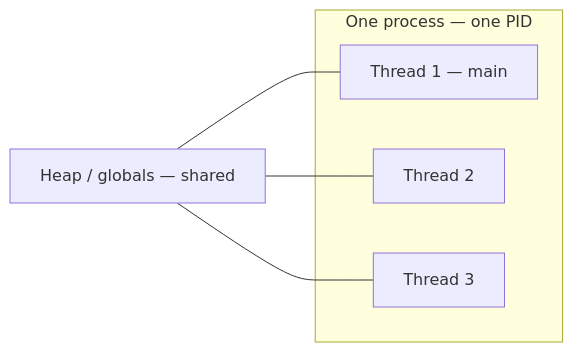
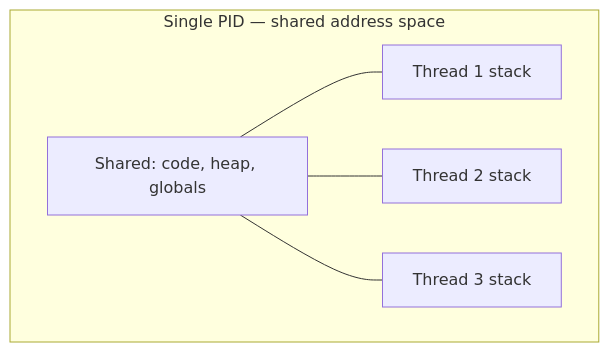
One commit to Harshnath628/MD2PDF changed the fourth of 6 diagrams in Misc/OS_Practical_4_Process_and_Thread_Management.md. Above: the diagram before and after it, drawn with Mermaid. The commit also changed other lines of this file and 8070 other files, not shown here.

Commit message:
Stable_version_after_mermaid

````diff
--- a/Misc/OS_Practical_4_Process_and_Thread_Management.md
+++ b/Misc/OS_Practical_4_Process_and_Thread_Management.md
@@ -194,11 +155,12 @@
 ```mermaid
-flowchart LR
-    subgraph P[One process — one PID]
-        T1[Thread 1 — main]
-        T2[Thread 2]
-        T3[Thread 3]
+flowchart TB
+    subgraph onePid["Single PID — shared address space"]
+        sharedMem["Shared: code, heap, globals"]
+        t1["Thread 1 stack"]
+        t2["Thread 2 stack"]
+        t3["Thread 3 stack"]
+        sharedMem --- t1
+        sharedMem --- t2
+        sharedMem --- t3
     end
-    H[Heap / globals — shared] --- T1
-    H --- T2
-    H --- T3
 ```
````
